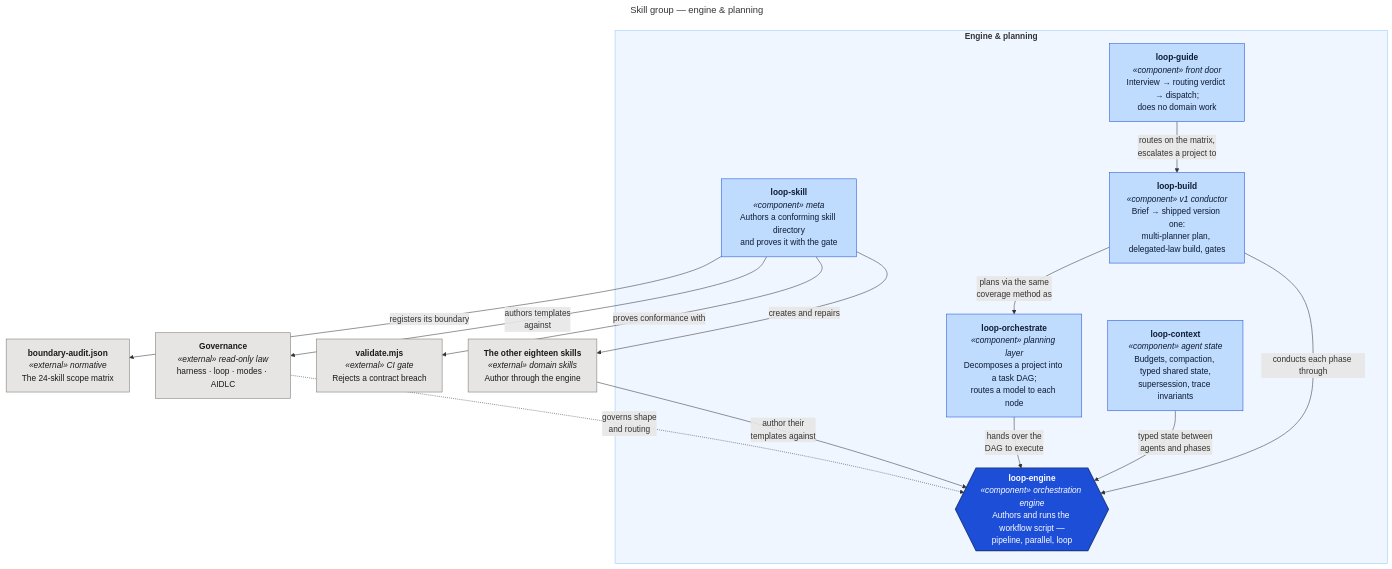
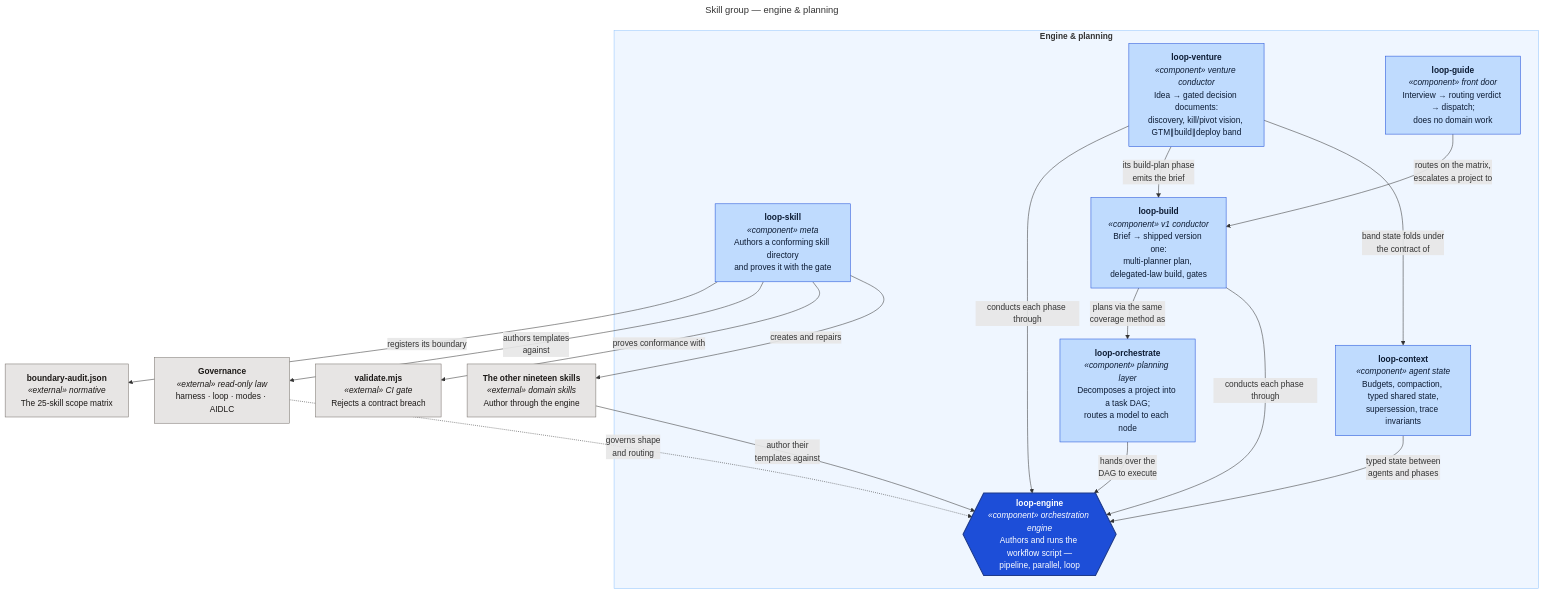
The diagram in docs/c4/diagrams/src/skills-engine-planning.mmd (santapong/Proof), drawn with Mermaid before and after one commit. The commit also changed 23 other files, not shown here.

First line of the commit message:
Docs + diagrams: de-stale the whole surface to the 25-skill fleet

```diff
--- a/docs/c4/diagrams/src/skills-engine-planning.mmd
+++ b/docs/c4/diagrams/src/skills-engine-planning.mmd
@@ -1,37 +1,41 @@
 ---
 title: "Skill group — engine & planning"
 ---
 flowchart TB
     subgraph g["<b>Engine &amp; planning</b>"]
         eng{{"<b>loop-engine</b><br/><i>«component» orchestration engine</i><br/>Authors and runs the workflow script —<br/>pipeline, parallel, loop"}}
         orch["<b>loop-orchestrate</b><br/><i>«component» planning layer</i><br/>Decomposes a project into a task DAG;<br/>routes a model to each node"]
         mk["<b>loop-skill</b><br/><i>«component» meta</i><br/>Authors a conforming skill directory<br/>and proves it with the gate"]
         build["<b>loop-build</b><br/><i>«component» v1 conductor</i><br/>Brief → shipped version one:<br/>multi-planner plan, delegated-law build, gates"]
+        vent["<b>loop-venture</b><br/><i>«component» venture conductor</i><br/>Idea → gated decision documents:<br/>discovery, kill/pivot vision, GTM∥build∥deploy band"]
         ctx["<b>loop-context</b><br/><i>«component» agent state</i><br/>Budgets, compaction, typed shared state,<br/>supersession, trace invariants"]
         guide["<b>loop-guide</b><br/><i>«component» front door</i><br/>Interview → routing verdict → dispatch;<br/>does no domain work"]
     end
 
     law["<b>Governance</b><br/><i>«external» read-only law</i><br/>harness · loop · modes · AIDLC"]
-    audit["<b>boundary-audit.json</b><br/><i>«external» normative</i><br/>The 24-skill scope matrix"]
+    audit["<b>boundary-audit.json</b><br/><i>«external» normative</i><br/>The 25-skill scope matrix"]
     gate["<b>validate.mjs</b><br/><i>«external» CI gate</i><br/>Rejects a contract breach"]
-    all["<b>The other eighteen skills</b><br/><i>«external» domain skills</i><br/>Author through the engine"]
+    all["<b>The other nineteen skills</b><br/><i>«external» domain skills</i><br/>Author through the engine"]
 
     law -. "governs shape<br/>and routing" .-> eng
     orch -- "hands over the<br/>DAG to execute" --> eng
     all -- "author their<br/>templates against" --> eng
     mk -- "registers its boundary" --> audit
     mk -- "authors templates<br/>against" --> law
     mk -- "proves conformance with" --> gate
     mk -- "creates and repairs" --> all
     build -- "plans via the same<br/>coverage method as" --> orch
     build -- "conducts each phase through" --> eng
+    vent -- "conducts each phase through" --> eng
+    vent -- "its build-plan phase<br/>emits the brief" --> build
+    vent -- "band state folds under<br/>the contract of" --> ctx
     ctx -- "typed state between<br/>agents and phases" --> eng
     guide -- "routes on the matrix,<br/>escalates a project to" --> build
 
     classDef component fill:#BFDBFE,stroke:#1D4ED8,color:#0C1B33
     classDef extc fill:#E7E5E4,stroke:#78716C,color:#1C1917
     classDef engine fill:#1D4ED8,stroke:#1E3A8A,stroke-width:2px,color:#FFFFFF
     class eng engine
-    class orch,mk,build,ctx,guide component
+    class orch,mk,build,vent,ctx,guide component
     class law,audit,gate,all extc
     style g fill:#EFF6FF,stroke:#93C5FD
```
